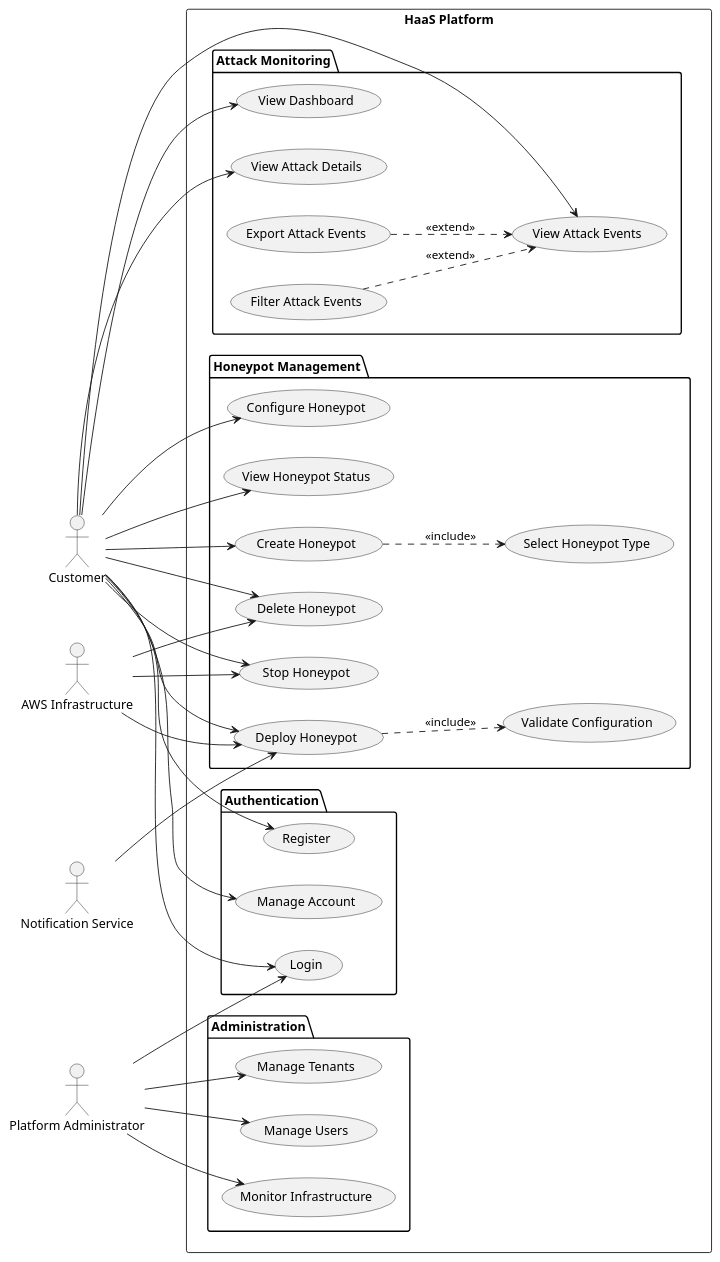
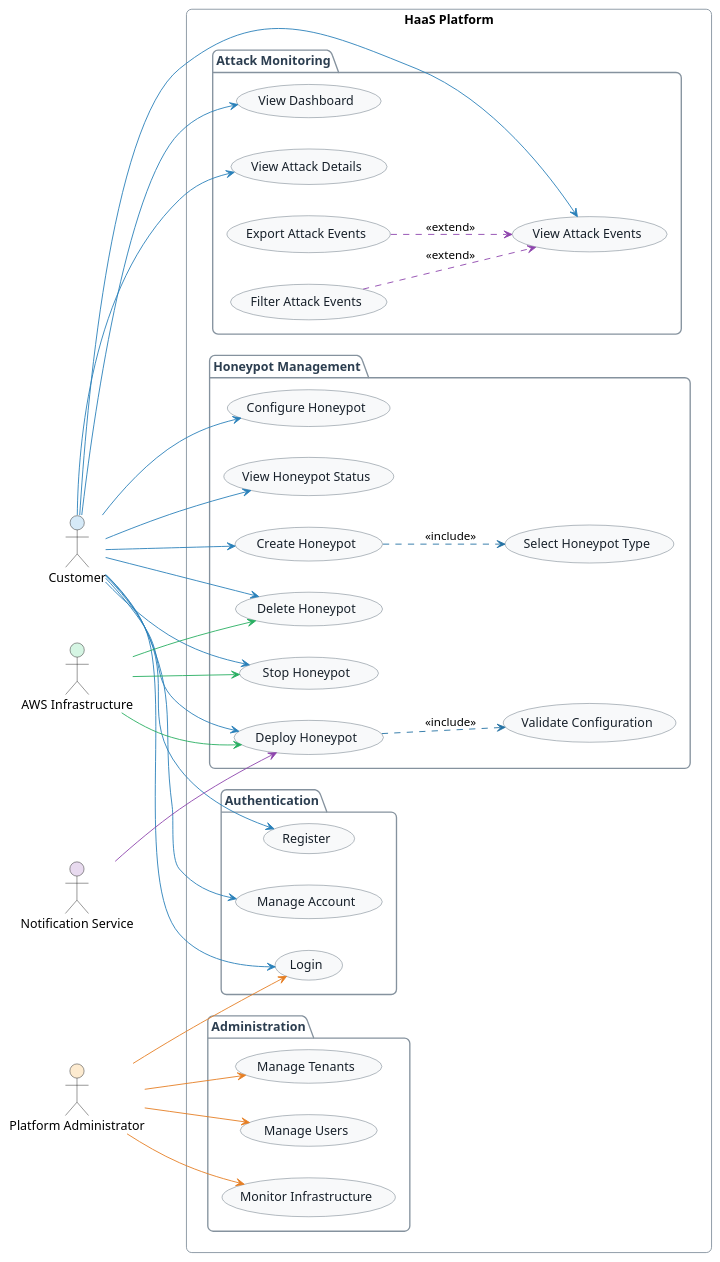
Before and after one commit to Omar-al-Hajjeh/Honeypot-as-a-Service: the diagram in docs/02-software-design/use-case-diagram/use-case-diagram.puml, drawn with PlantUML. The commit also changed 1 other file, not shown here.

Commit message:
docs: add HaaS use case diagram

```diff
--- a/docs/02-software-design/use-case-diagram/use-case-diagram.puml
+++ b/docs/02-software-design/use-case-diagram/use-case-diagram.puml
@@ -2,72 +2,96 @@
 @startuml
 left to right direction
 
-actor Customer
-actor "Platform Administrator" as Admin
-actor "AWS Infrastructure" as AWS
-actor "Notification Service" as Notify
+skinparam backgroundColor white
+skinparam shadowing false
+skinparam roundcorner 12
+
+skinparam usecase {
+  BackgroundColor #F8F9FA
+  BorderColor #566573
+  FontColor #17202A
+}
+
+skinparam package {
+  BorderColor #85929E
+  BackgroundColor #FFFFFF
+  FontColor #2C3E50
+}
+
+' Actors
+actor Customer #D6EAF8
+actor "Platform Administrator" as Admin #FDEBD0
+actor "AWS Infrastructure" as AWS #D5F5E3
+actor "Notification Service" as Notify #E8DAEF
 
 rectangle "HaaS Platform" {
 
   package "Authentication" {
     usecase "Register" as UC1
     usecase "Login" as UC2
     usecase "Manage Account" as UC3
   }
 
   package "Honeypot Management" {
     usecase "Create Honeypot" as UC4
     usecase "Select Honeypot Type" as UC5
     usecase "Configure Honeypot" as UC6
     usecase "Deploy Honeypot" as UC7
     usecase "Stop Honeypot" as UC8
     usecase "Delete Honeypot" as UC9
     usecase "View Honeypot Status" as UC10
     usecase "Validate Configuration" as UC11
   }
 
   package "Attack Monitoring" {
     usecase "View Dashboard" as UC12
     usecase "View Attack Events" as UC13
     usecase "View Attack Details" as UC14
     usecase "Filter Attack Events" as UC15
     usecase "Export Attack Events" as UC16
   }
 
   package "Administration" {
     usecase "Manage Tenants" as UC17
     usecase "Manage Users" as UC18
     usecase "Monitor Infrastructure" as UC19
   }
 }
 
-Customer --> UC1
-Customer --> UC2
-Customer --> UC3
-Customer --> UC4
-Customer --> UC6
-Customer --> UC7
-Customer --> UC8
-Customer --> UC9
-Customer --> UC10
-Customer --> UC12
-Customer --> UC13
-Customer --> UC14
+' Customer associations - BLUE
+Customer -[#2980B9]-> UC1
+Customer -[#2980B9]-> UC2
+Customer -[#2980B9]-> UC3
+Customer -[#2980B9]-> UC4
+Customer -[#2980B9]-> UC6
+Customer -[#2980B9]-> UC7
+Customer -[#2980B9]-> UC8
+Customer -[#2980B9]-> UC9
+Customer -[#2980B9]-> UC10
+Customer -[#2980B9]-> UC12
+Customer -[#2980B9]-> UC13
+Customer -[#2980B9]-> UC14
 
-Admin --> UC2
-Admin --> UC17
-Admin --> UC18
-Admin --> UC19
+' Administrator associations - ORANGE
+Admin -[#E67E22]-> UC2
+Admin -[#E67E22]-> UC17
+Admin -[#E67E22]-> UC18
+Admin -[#E67E22]-> UC19
 
-UC4 ..> UC5 : <<include>>
-UC7 ..> UC11 : <<include>>
-UC15 ..> UC13 : <<extend>>
-UC16 ..> UC13 : <<extend>>
+' AWS associations - GREEN
+AWS -[#27AE60]-> UC7
+AWS -[#27AE60]-> UC8
+AWS -[#27AE60]-> UC9
 
-AWS --> UC7
-AWS --> UC8
-AWS --> UC9
+' Notification associations - PURPLE
+Notify -[#8E44AD]-> UC7
 
-Notify --> UC7
+' Include relationships - DARK BLUE
+UC4 -[#2471A3,dashed]-> UC5 : <<include>>
+UC7 -[#2471A3,dashed]-> UC11 : <<include>>
+
+' Extend relationships - PURPLE
+UC15 -[#8E44AD,dashed]-> UC13 : <<extend>>
+UC16 -[#8E44AD,dashed]-> UC13 : <<extend>>
 
 @enduml
```
